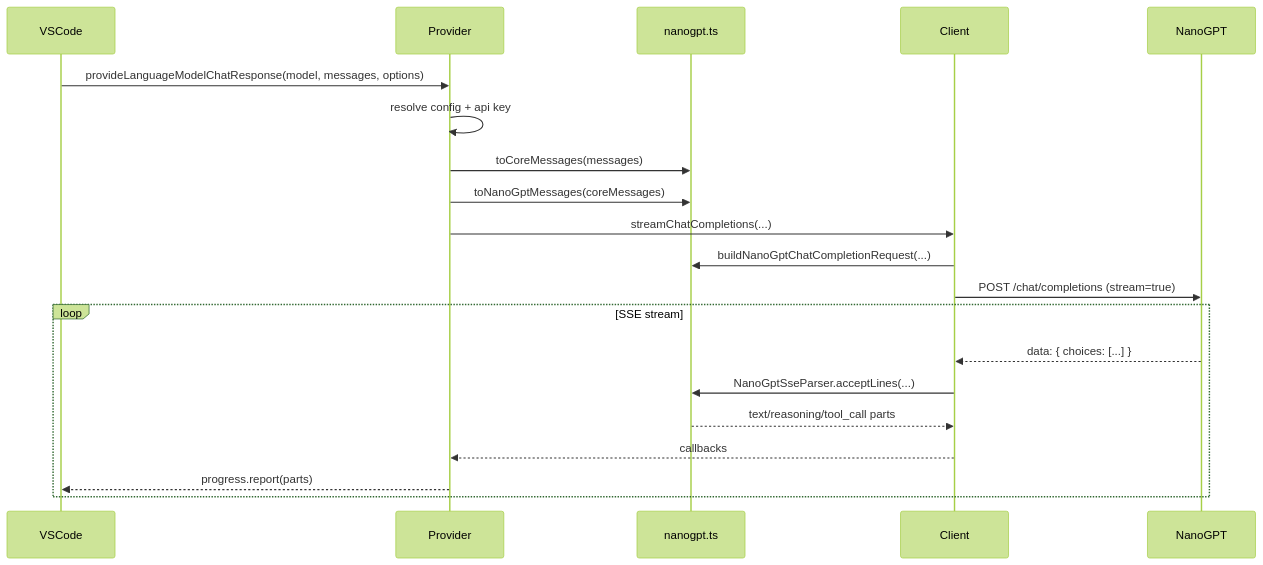
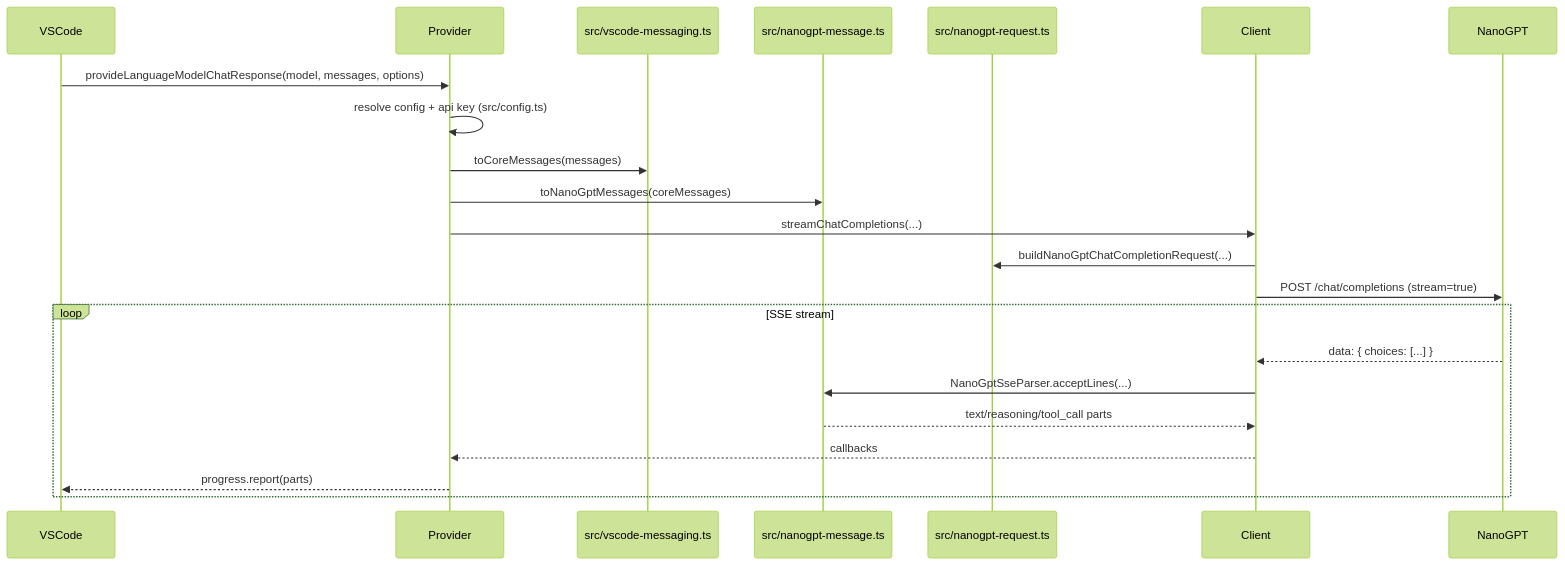
The third of 3 diagrams in docs/architecture/runtime-flows.md (deadronos/nanogpt-provider-vscode-extension), drawn with Mermaid (forest theme) before and after one commit. The commit also changed other lines of this file and 22 other files, not shown here.

First line of the commit message:
feat: add NanoGPT request and response handling

````diff
--- a/docs/architecture/runtime-flows.md
+++ b/docs/architecture/runtime-flows.md
@@ -120,23 +120,25 @@
 ```mermaid
 sequenceDiagram
     participant VSCode
     participant Provider
-    participant Core as nanogpt.ts
+    participant VscMsg as src/vscode-messaging.ts
+    participant Core as src/nanogpt-message.ts
+    participant Req as src/nanogpt-request.ts
     participant Client
     participant NanoGPT
 
     VSCode->>Provider: provideLanguageModelChatResponse(model, messages, options)
-    Provider->>Provider: resolve config + api key
-    Provider->>Core: toCoreMessages(messages)
+    Provider->>Provider: resolve config + api key (src/config.ts)
+    Provider->>VscMsg: toCoreMessages(messages)
     Provider->>Core: toNanoGptMessages(coreMessages)
     Provider->>Client: streamChatCompletions(...)
-    Client->>Core: buildNanoGptChatCompletionRequest(...)
+    Client->>Req: buildNanoGptChatCompletionRequest(...)
     Client->>NanoGPT: POST /chat/completions (stream=true)
     loop SSE stream
         NanoGPT-->>Client: data: { choices: [...] }
         Client->>Core: NanoGptSseParser.acceptLines(...)
         Core-->>Client: text/reasoning/tool_call parts
         Client-->>Provider: callbacks
         Provider-->>VSCode: progress.report(parts)
     end
 ```
````
